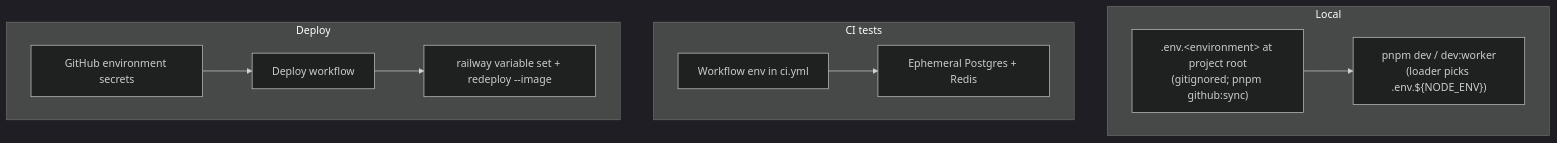
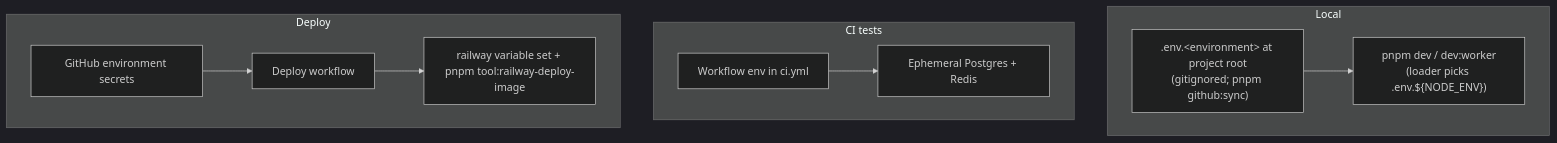
Before and after one commit to nikunjmavani/core-be: the fifth of 6 diagrams in docs/deployment/ci-cd/cicd-and-deployment.md, drawn with Mermaid (dark theme). The commit also changed other lines of this file and 1478 other files, not shown here.

````diff
--- a/docs/deployment/ci-cd/cicd-and-deployment.md
+++ b/docs/deployment/ci-cd/cicd-and-deployment.md
@@ -321,21 +389,21 @@
 ```mermaid
 flowchart TB
   subgraph local [Local]
     A1[".env.&lt;environment&gt; at project root\n(gitignored; pnpm github:sync)"]
     A2["pnpm dev / dev:worker\n(loader picks .env.${NODE_ENV})"]
     A1 --> A2
   end
 
   subgraph ci_env [CI tests]
     B1["Workflow env in ci.yml"]
     B2["Ephemeral Postgres + Redis"]
     B1 --> B2
   end
 
   subgraph deploy_env [Deploy]
     C1["GitHub environment secrets"]
     C2["Deploy workflow"]
-    C3["railway variable set + redeploy --image"]
+    C3["railway variable set + pnpm tool:railway-deploy-image"]
     C1 --> C2 --> C3
   end
 ```
````
